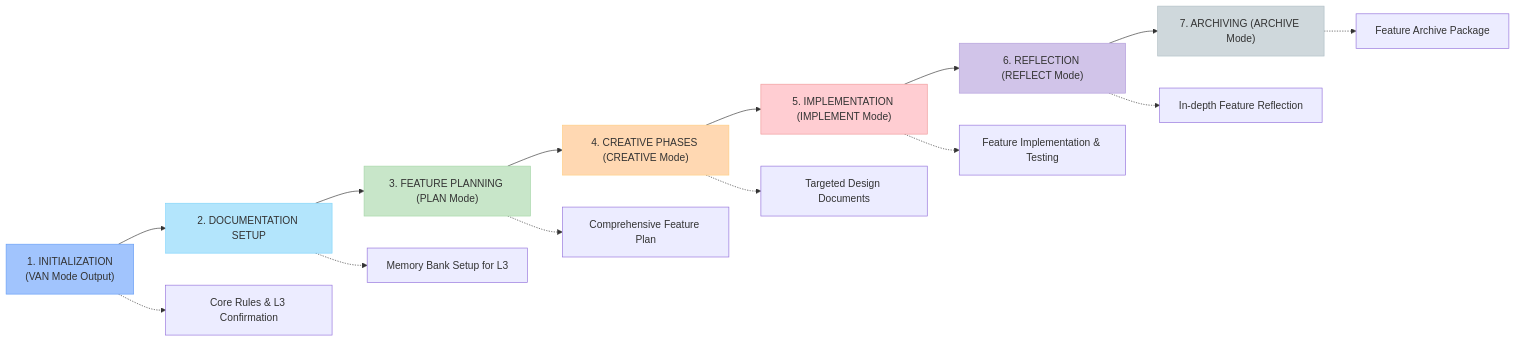
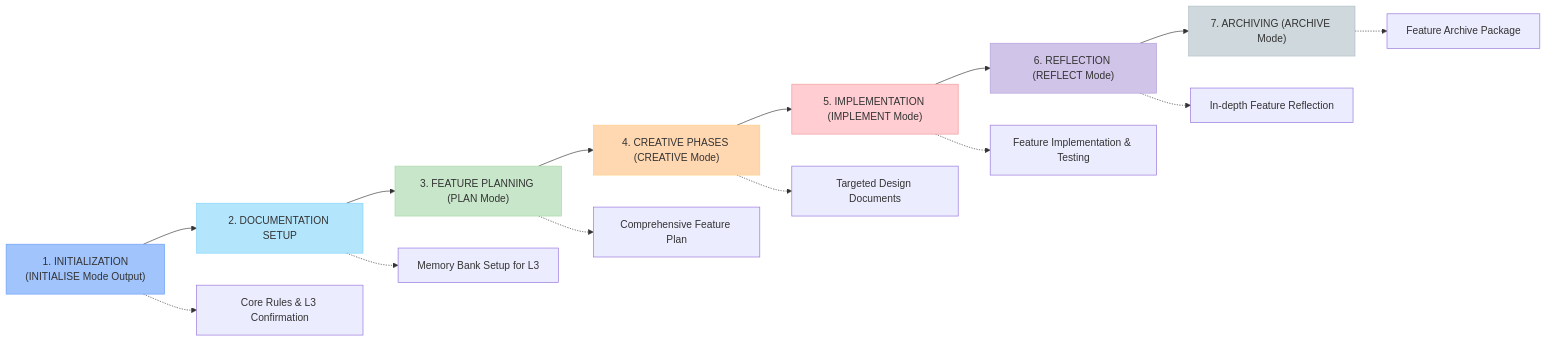
One commit to vanzan01/cursor-memory-bank changed the first of 8 diagrams in .cursor/rules/isolation_rules/Level3/workflow-level3.mdc. Above: the diagram before and after it, drawn with Mermaid. The commit also changed other lines of this file and 31 other files, not shown here.

`````diff
--- a/.cursor/rules/isolation_rules/Level3/workflow-level3.mdc
+++ b/.cursor/rules/isolation_rules/Level3/workflow-level3.mdc
@@ -15,27 +15,27 @@
 ```mermaid
 graph LR
-    Init["1. INITIALIZATION<br>(VAN Mode Output)"] -->
+    Init["1. INITIALIZATION<br>(INITIALISE Mode Output)"] -->
     DocSetup["2. DOCUMENTATION SETUP"] -->
     Plan["3. FEATURE PLANNING (PLAN Mode)"] -->
     Creative["4. CREATIVE PHASES (CREATIVE Mode)"] -->
     Impl["5. IMPLEMENTATION (IMPLEMENT Mode)"] -->
     Reflect["6. REFLECTION (REFLECT Mode)"] -->
     Archive["7. ARCHIVING (ARCHIVE Mode)"]
 
     %% Document connections for each phase (conceptual links to mode guidance)
     Init -.-> InitDocs["Core Rules & L3 Confirmation"]
     DocSetup -.-> DocSetupDocs["Memory Bank Setup for L3"]
     Plan -.-> PlanDocs["Comprehensive Feature Plan"]
     Creative -.-> CreativeDocs["Targeted Design Documents"]
     Impl -.-> ImplDocs["Feature Implementation & Testing"]
     Reflect -.-> ReflectDocs["In-depth Feature Reflection"]
     Archive -.-> ArchiveDocs["Feature Archive Package"]
 
     style Init fill:#a1c4fd,stroke:#669df6
     style DocSetup fill:#b3e5fc,stroke:#81d4fa
     style Plan fill:#c8e6c9,stroke:#a5d6a7
     style Creative fill:#ffd8b2,stroke:#ffcc80
     style Impl fill:#ffcdd2,stroke:#ef9a9a
     style Reflect fill:#d1c4e9,stroke:#b39ddb
     style Archive fill:#cfd8dc,stroke:#b0bec5
 ````
`````
